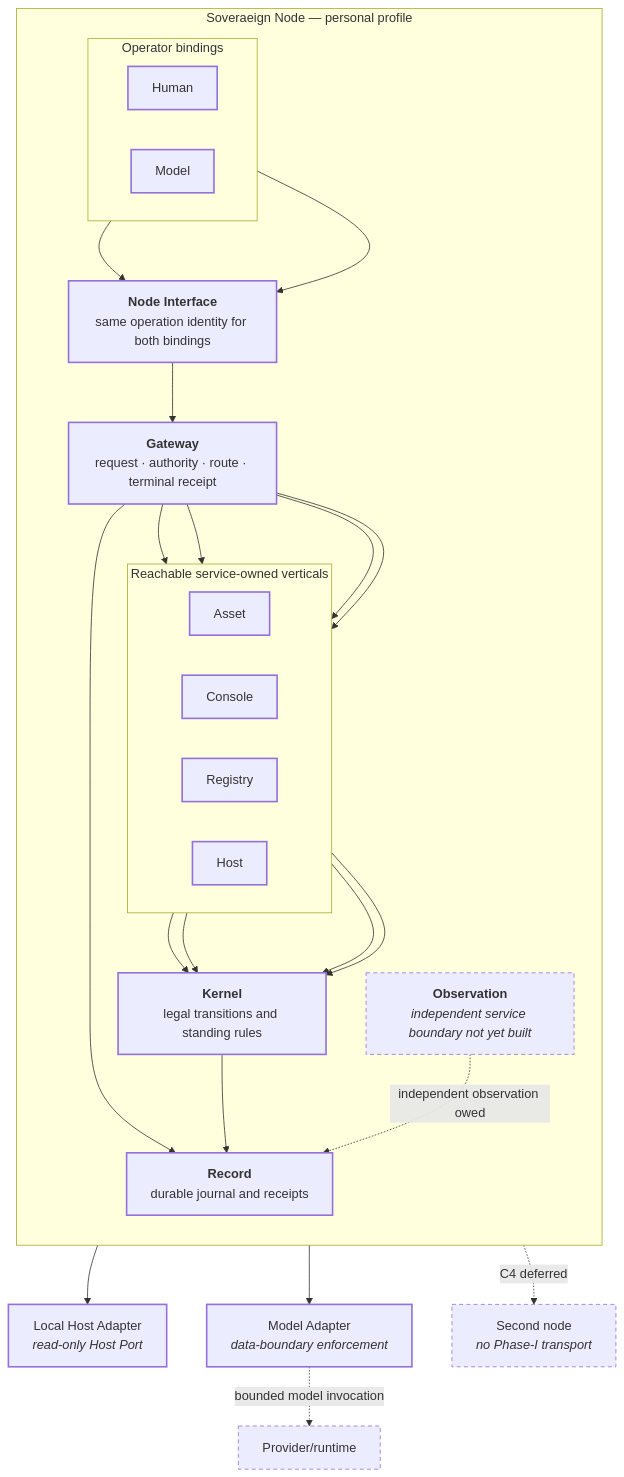
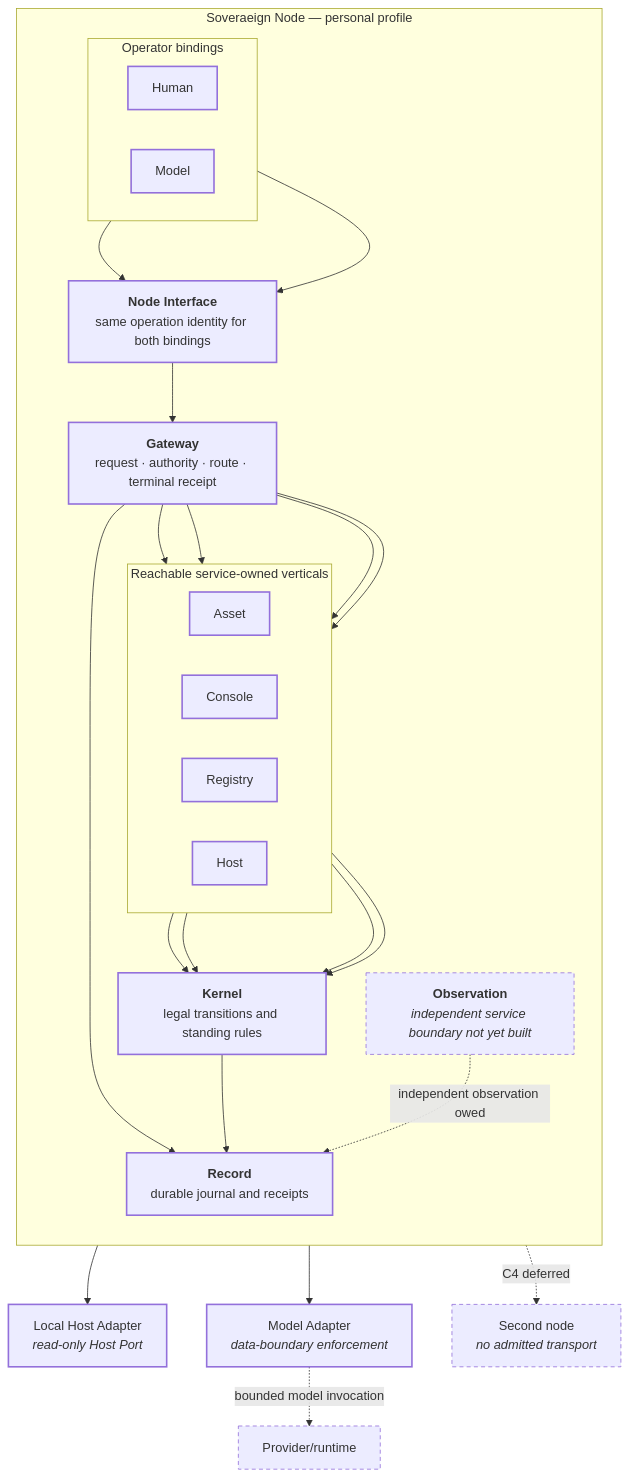
Before and after one commit to bdf1992/Soveraeign: the diagram in diagrams/crossing-topology.md, drawn with Mermaid. The commit also changed other lines of this file and 37 other files, not shown here.

````diff
--- a/diagrams/crossing-topology.md
+++ b/diagrams/crossing-topology.md
@@ -17,55 +17,55 @@
 ```mermaid
 flowchart TB
     subgraph nd["Soveraeign Node — personal profile"]
         direction TB
         subgraph surf["Operator bindings"]
             direction LR
             HB["Human"]
             MB["Model"]
         end
 
         NI["<b>Node Interface</b><br/>same operation identity for both bindings"]
         G["<b>Gateway</b><br/>request · authority · route · terminal receipt"]
 
         subgraph svc["Reachable service-owned verticals"]
             direction LR
             A["Asset"]
             C["Console"]
             RG["Registry"]
             H["Host"]
         end
 
         R["<b>Record</b><br/>durable journal and receipts"]
         K["<b>Kernel</b><br/>legal transitions and standing rules"]
         O["<b>Observation</b><br/><i>independent service boundary not yet built</i>"]
     end
 
     HA["Local Host Adapter<br/><i>read-only Host Port</i>"]
     MA["Model Adapter<br/><i>data-boundary enforcement</i>"]
     PV["Provider/runtime"]
-    N2["Second node<br/><i>no Phase-I transport</i>"]
+    N2["Second node<br/><i>no admitted transport</i>"]
 
     HB --> NI
     MB --> NI
     NI --> G
     G --> A
     G --> C
     G --> RG
     G --> H
     H --> HA
     A --> K
     C --> K
     RG --> K
     H --> K
     G --> R
     K --> R
     O -. "independent observation owed" .-> R
     MB --> MA
     MA -. "bounded model invocation" .-> PV
     nd -. "C4 deferred" .-> N2
 
     classDef pen stroke-width:2px
     classDef pencil stroke-dasharray:5 4,stroke-width:1px
     class HB,MB,NI,G,A,C,RG,H,R,K,HA,MA pen
     class O,PV,N2 pencil
 ```
````
